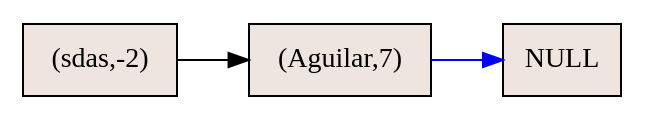
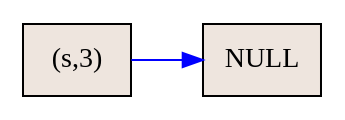
The diagram in ColaScore.dot (Eduardo01004/-EDD-_1S2019_P1_201612124), drawn with Graphviz before and after one commit. The commit also changed 15 other files, not shown here.

```diff
--- a/ColaScore.dot
+++ b/ColaScore.dot
@@ -1,7 +1,5 @@
 digraph G{ rankdir=LR;
-2942451[shape=record, style=filled, fillcolor=seashell2,label="(sdas,-2)"];
-2942451->2947433
-2947433[shape=record, style=filled, fillcolor=seashell2,label="(Aguilar,7)"];
+949261[shape=record, style=filled, fillcolor=seashell2,label="(s,3)"];
 null[shape=record, style=filled, fillcolor=seashell2,label="NULL"];
-2947433->null[ color="blue"]
+949261->null[ color="blue"]
 }
```
